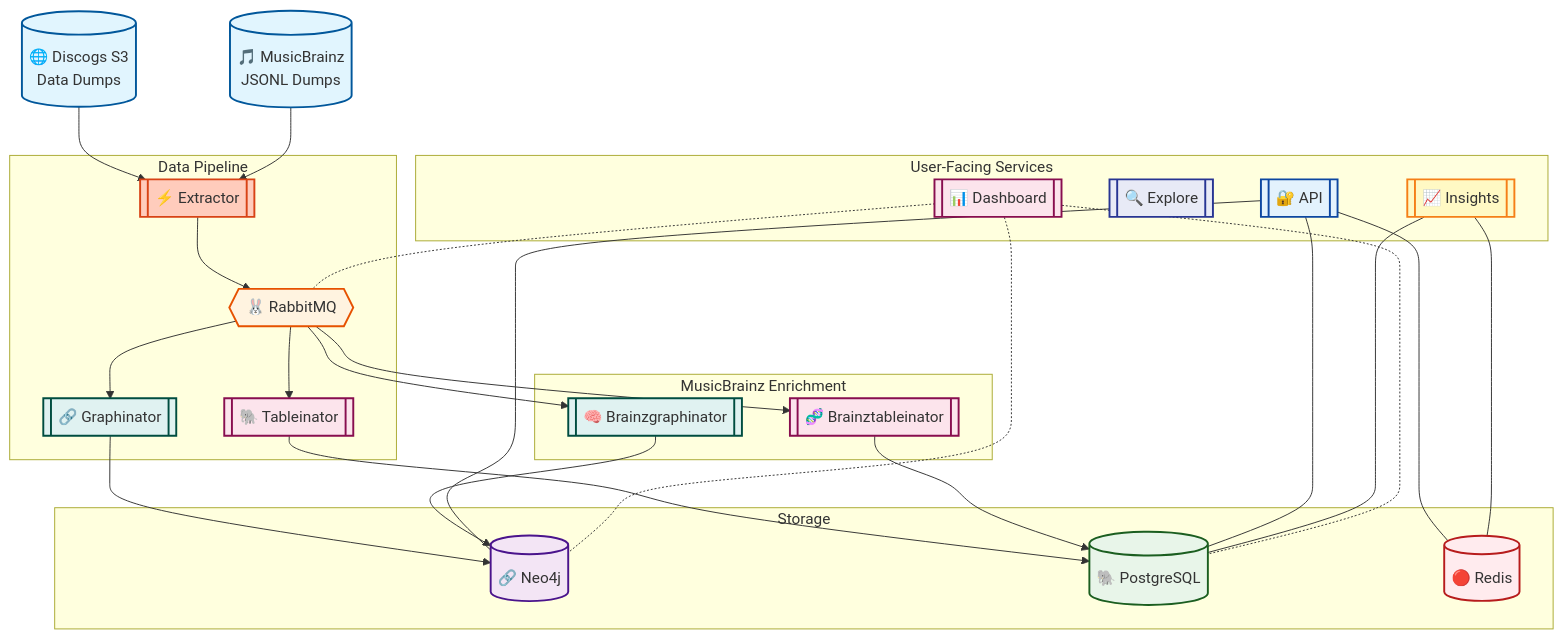
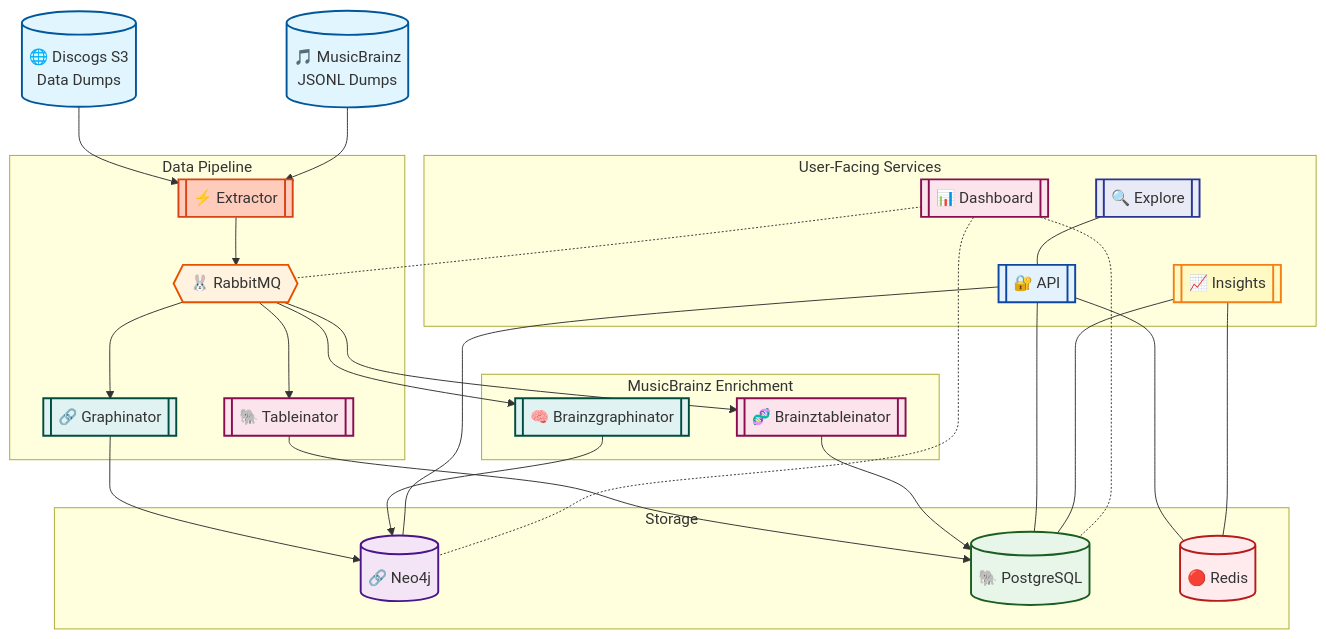
The diagram in README.md (SimplicityGuy/discogsography), drawn with Mermaid before and after one commit. The commit also changed other lines of this file and 12 other files, not shown here.

````diff
--- a/README.md
+++ b/README.md
@@ -67,57 +67,58 @@
 ```mermaid
 graph TD
     S3[("🌐 Discogs S3<br/>Data Dumps")]
     MB[("🎵 MusicBrainz<br/>JSONL Dumps")]
 
     subgraph Pipeline ["Data Pipeline"]
         EXT[["⚡ Extractor"]]
         RMQ{{"🐰 RabbitMQ"}}
         GRAPH[["🔗 Graphinator"]]
         TABLE[["🐘 Tableinator"]]
     end
 
     subgraph MBPipeline ["MusicBrainz Enrichment"]
         BGRAPH[["🧠 Brainzgraphinator"]]
         BTABLE[["🧬 Brainztableinator"]]
     end
 
     subgraph Storage ["Storage"]
         NEO4J[("🔗 Neo4j")]
         PG[("🐘 PostgreSQL")]
         REDIS[("🔴 Redis")]
     end
 
     subgraph Services ["User-Facing Services"]
         API[["🔐 API"]]
         EXPLORE[["🔍 Explore"]]
         DASH[["📊 Dashboard"]]
         INSIGHTS[["📈 Insights"]]
     end
 
     S3 --> EXT --> RMQ
     MB --> EXT
     RMQ --> GRAPH --> NEO4J
     RMQ --> TABLE --> PG
     RMQ --> BGRAPH --> NEO4J
     RMQ --> BTABLE --> PG
 
     API --- NEO4J & PG & REDIS
+    EXPLORE --- API
     INSIGHTS --- PG & REDIS
     DASH -.- RMQ & NEO4J & PG
 
     style S3 fill:#e1f5fe,stroke:#01579b,stroke-width:2px
     style MB fill:#e1f5fe,stroke:#01579b,stroke-width:2px
     style EXT fill:#ffccbc,stroke:#d84315,stroke-width:2px
     style RMQ fill:#fff3e0,stroke:#e65100,stroke-width:2px
     style NEO4J fill:#f3e5f5,stroke:#4a148c,stroke-width:2px
     style PG fill:#e8f5e9,stroke:#1b5e20,stroke-width:2px
     style REDIS fill:#ffebee,stroke:#b71c1c,stroke-width:2px
     style GRAPH fill:#e0f2f1,stroke:#004d40,stroke-width:2px
     style TABLE fill:#fce4ec,stroke:#880e4f,stroke-width:2px
     style BGRAPH fill:#e0f2f1,stroke:#004d40,stroke-width:2px
     style BTABLE fill:#fce4ec,stroke:#880e4f,stroke-width:2px
     style API fill:#e3f2fd,stroke:#0d47a1,stroke-width:2px
     style EXPLORE fill:#e8eaf6,stroke:#283593,stroke-width:2px
     style DASH fill:#fce4ec,stroke:#880e4f,stroke-width:2px
     style INSIGHTS fill:#fff9c4,stroke:#f57f17,stroke-width:2px
 ```
````
